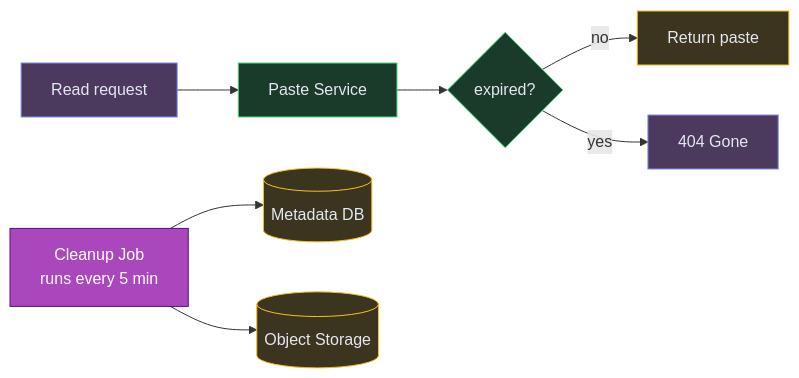
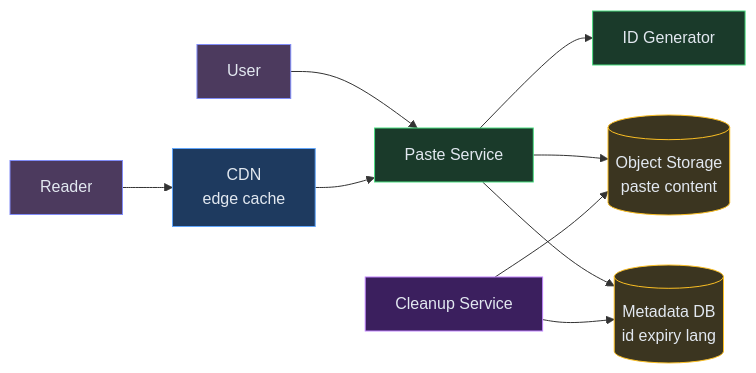
Before and after one commit to iluzn/HLD-Designs: the seventh of 7 diagrams in content/hld/Pastebin.md, drawn with Mermaid. The commit also changed other lines of this file and 1 other file, not shown here.

````diff
--- a/content/hld/Pastebin.md
+++ b/content/hld/Pastebin.md
@@ -262,23 +389,26 @@
 ```mermaid
 flowchart LR
-    READ["Read request"]:::client
+    USER["User"]:::client
+    CDN["CDN<br/>edge cache"]:::edge
     API["Paste Service"]:::service
-    CHECK{"expired?"}:::service
-    RETURN["Return paste"]:::data
-    GONE["404 Gone"]:::client
-    CRON["Cleanup Job<br/>runs every 5 min"]:::async
-    META[("Metadata DB")]:::data
-    S3[("Object Storage")]:::data
+    ID["ID Generator"]:::service
+    S3[("Object Storage<br/>paste content")]:::data
+    META[("Metadata DB<br/>id expiry lang")]:::data
+    CLEANUP["Cleanup Service"]:::async
+    READER["Reader"]:::client
 
-    READ --> API
-    API --> CHECK
-    CHECK -->|"no"| RETURN
-    CHECK -->|"yes"| GONE
-    CRON --> META
-    CRON --> S3
+    USER --> API
+    API --> ID
+    API --> S3
+    API --> META
+    READER --> CDN
+    CDN --> API
+    CLEANUP --> META
+    CLEANUP --> S3
 
     classDef client fill:#4c3a5e,stroke:#818cf8,color:#e2e8f0
+    classDef edge fill:#1e3a5f,stroke:#60a5fa,color:#e2e8f0
     classDef service fill:#1a3a2a,stroke:#4ade80,color:#e2e8f0
-    classDef async fill:#AB47BC,stroke:#4A148C,color:#fff
+    classDef async fill:#3b1f5e,stroke:#c084fc,color:#e2e8f0
     classDef data fill:#3b3520,stroke:#fbbf24,color:#e2e8f0
 ```
````
